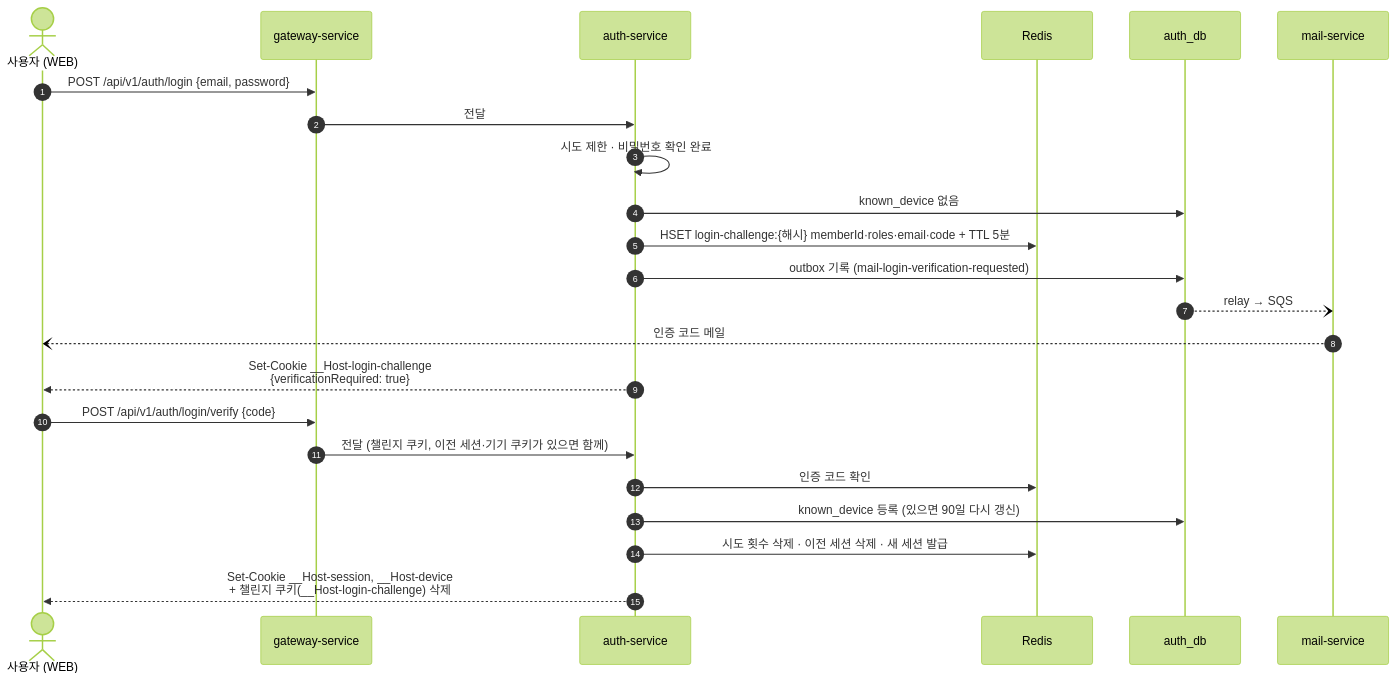
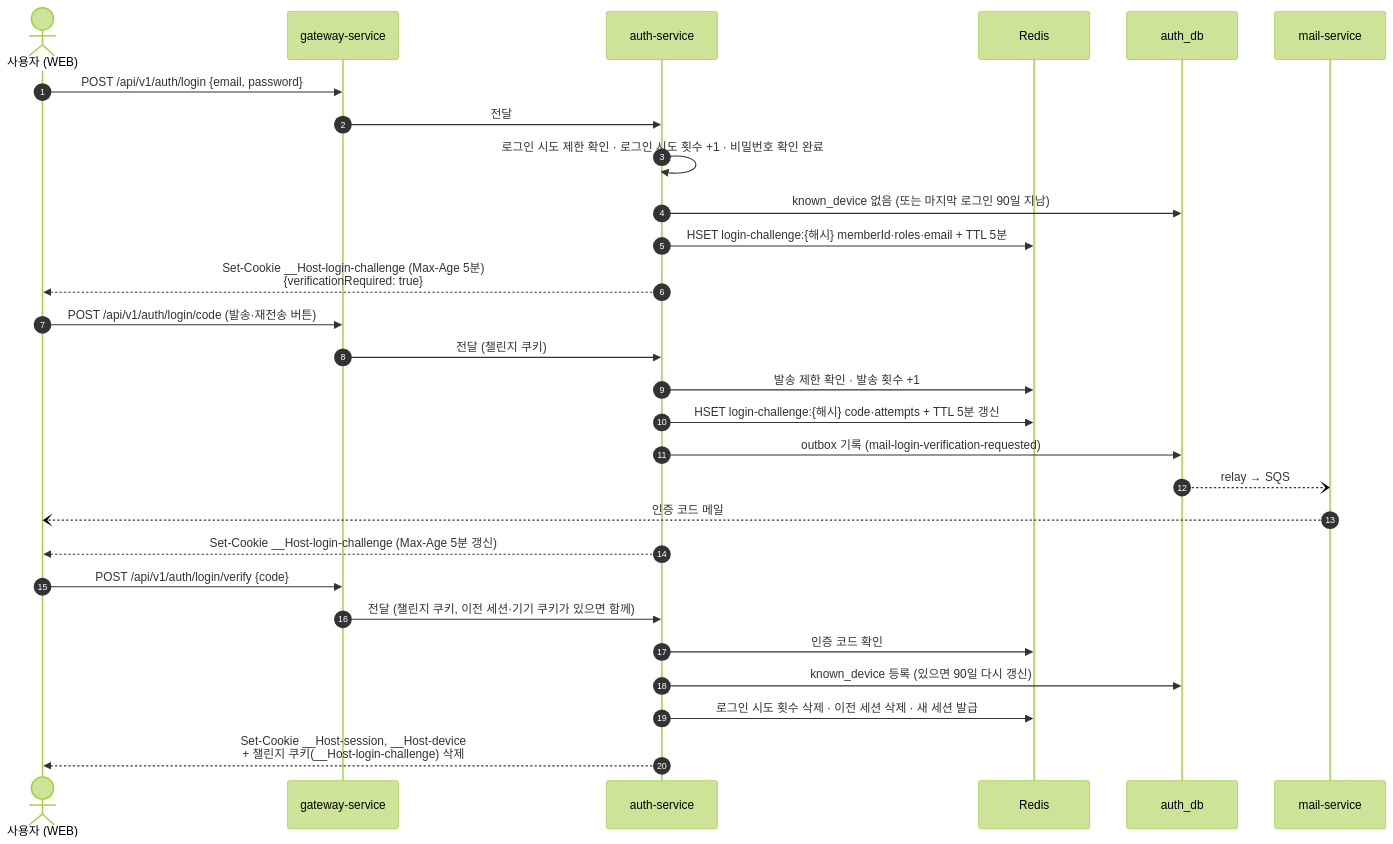
Before and after one commit to rivertw777/ModuDrive-API: the second of 4 diagrams in .docs/spec/004-auth-spec.md, drawn with Mermaid (forest theme). The commit also changed other lines of this file and 16 other files, not shown here.

First line of the commit message:
feat(auth): send new-device login code on request

````diff
--- a/.docs/spec/004-auth-spec.md
+++ b/.docs/spec/004-auth-spec.md
@@ -147,26 +144,31 @@
 ```mermaid
 sequenceDiagram
     autonumber
     actor U as 사용자 (WEB)
     participant G as gateway-service
     participant A as auth-service
     participant R as Redis
     participant D as auth_db
     participant Mail as mail-service
 
     U->>G: POST /api/v1/auth/login {email, password}
     G->>A: 전달
-    A->>A: 시도 제한 · 비밀번호 확인 완료
-    A->>D: known_device 없음
-    A->>R: HSET login-challenge:{해시} memberId·roles·email·code + TTL 5분
+    A->>A: 로그인 시도 제한 확인 · 로그인 시도 횟수 +1 · 비밀번호 확인 완료
+    A->>D: known_device 없음 (또는 마지막 로그인 90일 지남)
+    A->>R: HSET login-challenge:{해시} memberId·roles·email + TTL 5분
+    A-->>U: Set-Cookie __Host-login-challenge (Max-Age 5분)<br/>{verificationRequired: true}
+    U->>G: POST /api/v1/auth/login/code (발송·재전송 버튼)
+    G->>A: 전달 (챌린지 쿠키)
+    A->>R: 발송 제한 확인 · 발송 횟수 +1
+    A->>R: HSET login-challenge:{해시} code·attempts + TTL 5분 갱신
     A->>D: outbox 기록 (mail-login-verification-requested)
     D--)Mail: relay → SQS
     Mail--)U: 인증 코드 메일
-    A-->>U: Set-Cookie __Host-login-challenge<br/>{verificationRequired: true}
+    A-->>U: Set-Cookie __Host-login-challenge (Max-Age 5분 갱신)
     U->>G: POST /api/v1/auth/login/verify {code}
     G->>A: 전달 (챌린지 쿠키, 이전 세션·기기 쿠키가 있으면 함께)
     A->>R: 인증 코드 확인
     A->>D: known_device 등록 (있으면 90일 다시 갱신)
-    A->>R: 시도 횟수 삭제 · 이전 세션 삭제 · 새 세션 발급
+    A->>R: 로그인 시도 횟수 삭제 · 이전 세션 삭제 · 새 세션 발급
     A-->>U: Set-Cookie __Host-session, __Host-device<br/>+ 챌린지 쿠키(__Host-login-challenge) 삭제
 ```
````
